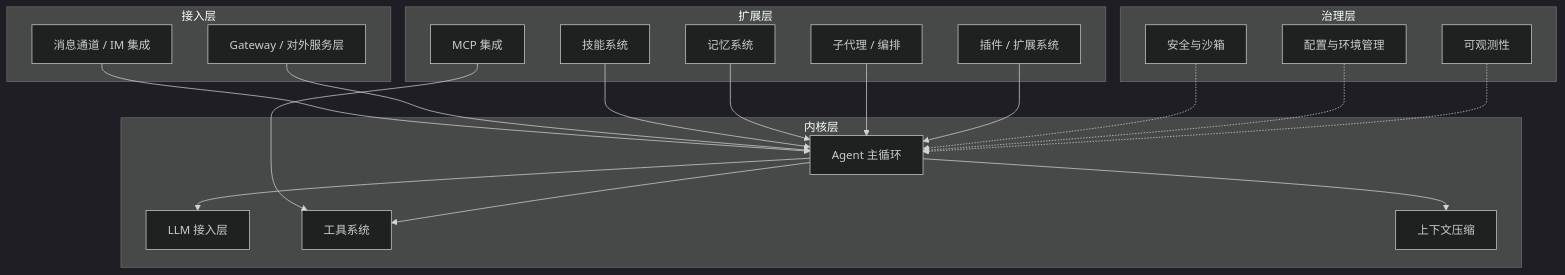
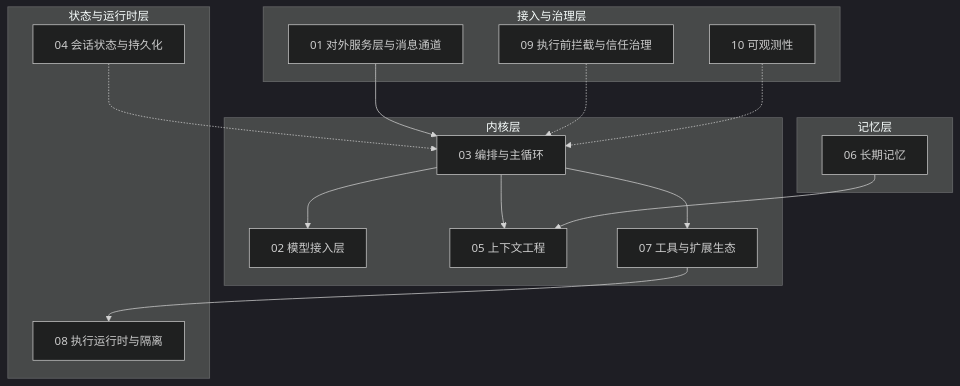
One commit to MKEy777/agent changed the second of 2 diagrams in docs/overview.md. Above: the diagram before and after it, drawn with Mermaid (dark theme). The commit also changed other lines of this file and 114 other files, not shown here.

First line of the commit message:
Add comprehensive documentation for Agent architecture and protocols

````diff
--- a/docs/overview.md
+++ b/docs/overview.md
@@ -119,38 +119,30 @@
 ```mermaid
 graph TB
-    subgraph access[接入层]
-        CH[消息通道 / IM 集成]
-        GW[Gateway / 对外服务层]
+    subgraph kernel[内核层]
+        MODEL[02 模型接入层]
+        LOOP[03 编排与主循环]
+        CTX[05 上下文工程]
+        TOOL[07 工具与扩展生态]
     end
-    subgraph extension[扩展层]
-        MCP[MCP 集成]
-        SK[技能系统]
-        MEM[记忆系统]
-        SUB[子代理 / 编排]
-        PLU[插件 / 扩展系统]
+    subgraph memory[记忆层]
+        MEM[06 长期记忆]
     end
-    subgraph kernel[内核层]
-        LLM[LLM 接入层]
-        LOOP[Agent 主循环]
-        TOOL[工具系统]
-        CMP[上下文压缩]
+    subgraph statelayer[状态与运行时层]
+        STATE[04 会话状态与持久化]
+        RUNTIME[08 执行运行时与隔离]
     end
-    subgraph govern[治理层]
-        SEC[安全与沙箱]
-        CFG[配置与环境管理]
-        OBS[可观测性]
+    subgraph access[接入与治理层]
+        GW[01 对外服务层与消息通道]
+        GRD[09 执行前拦截与信任治理]
+        OBS[10 可观测性]
     end
-    CH --> LOOP
     GW --> LOOP
-    MCP --> TOOL
-    SK --> LOOP
-    MEM --> LOOP
-    SUB --> LOOP
-    PLU --> LOOP
-    LOOP --> LLM
+    LOOP --> MODEL
+    LOOP --> CTX
     LOOP --> TOOL
-    LOOP --> CMP
-    SEC -.-> LOOP
-    CFG -.-> LOOP
+    TOOL --> RUNTIME
+    MEM --> CTX
+    STATE -.-> LOOP
+    GRD -.-> LOOP
     OBS -.-> LOOP
 ```
````
